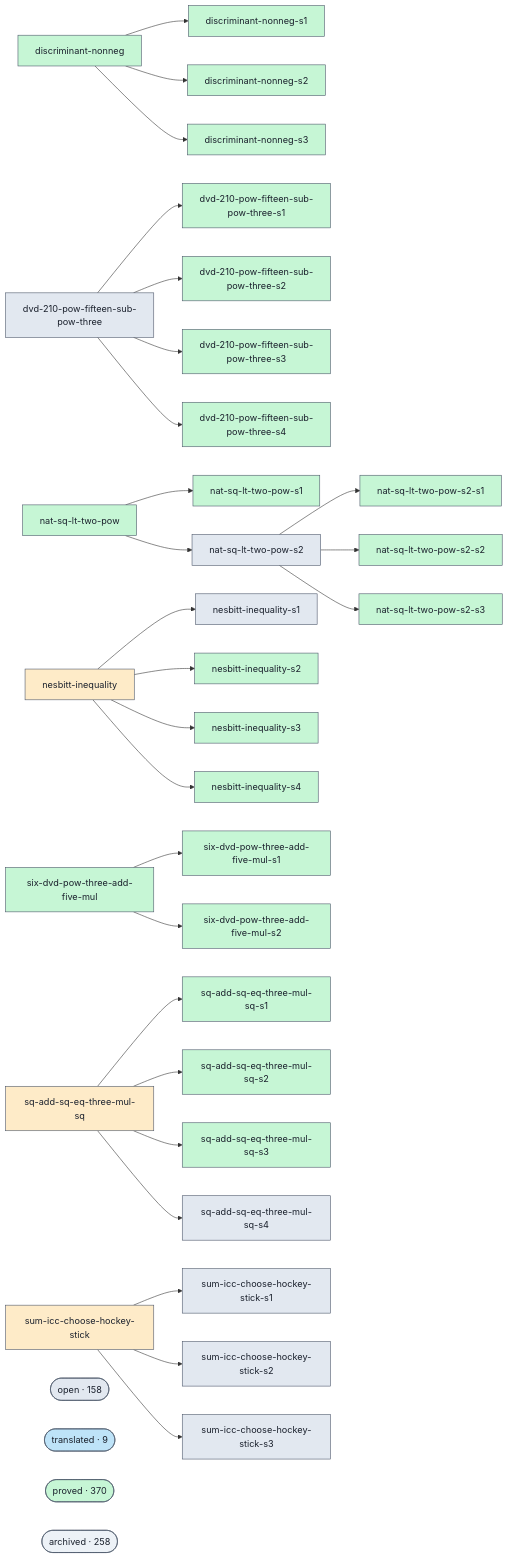
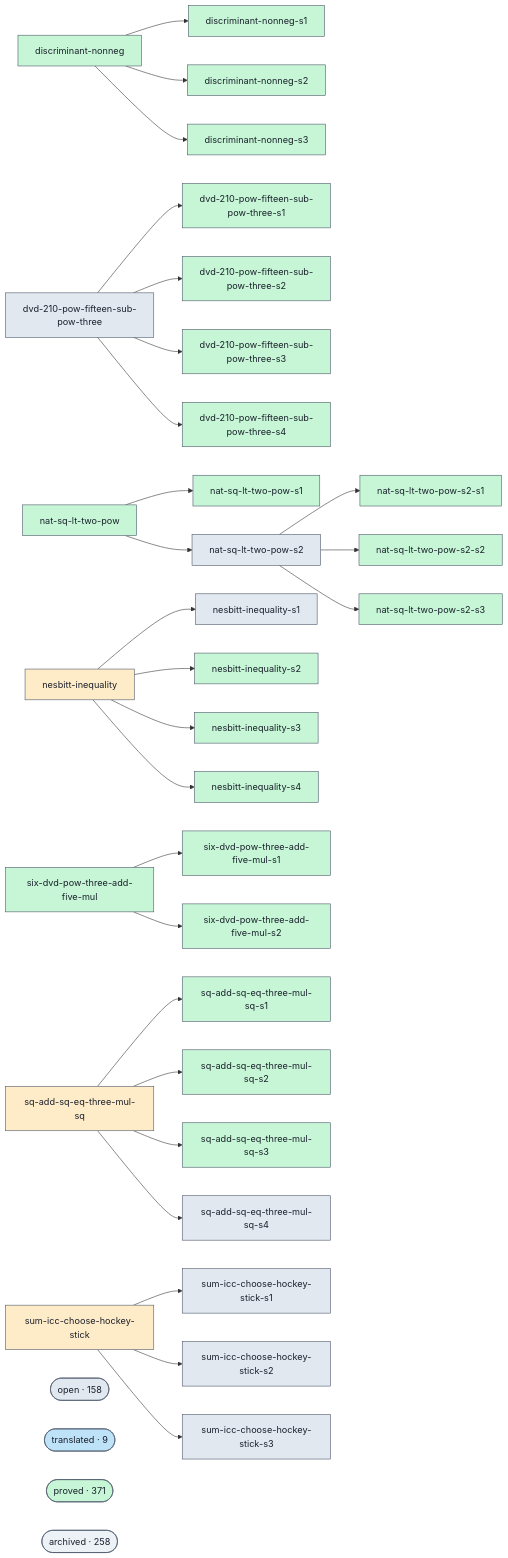
The diagram in docs/proofs-contributors-visualisation.md (Rauxon/unsorry), drawn with Mermaid before and after one commit. The commit also changed other lines of this file and 2 other files, not shown here.

```diff
--- a/docs/proofs-contributors-visualisation.md
+++ b/docs/proofs-contributors-visualisation.md
@@ -147,7 +147,7 @@
   class cluster_open open;
   cluster_translated(["translated · 9"])
   class cluster_translated translated;
-  cluster_proved(["proved · 370"])
+  cluster_proved(["proved · 371"])
   class cluster_proved proved;
   cluster_archived(["archived · 258"])
   class cluster_archived unknown;
```
